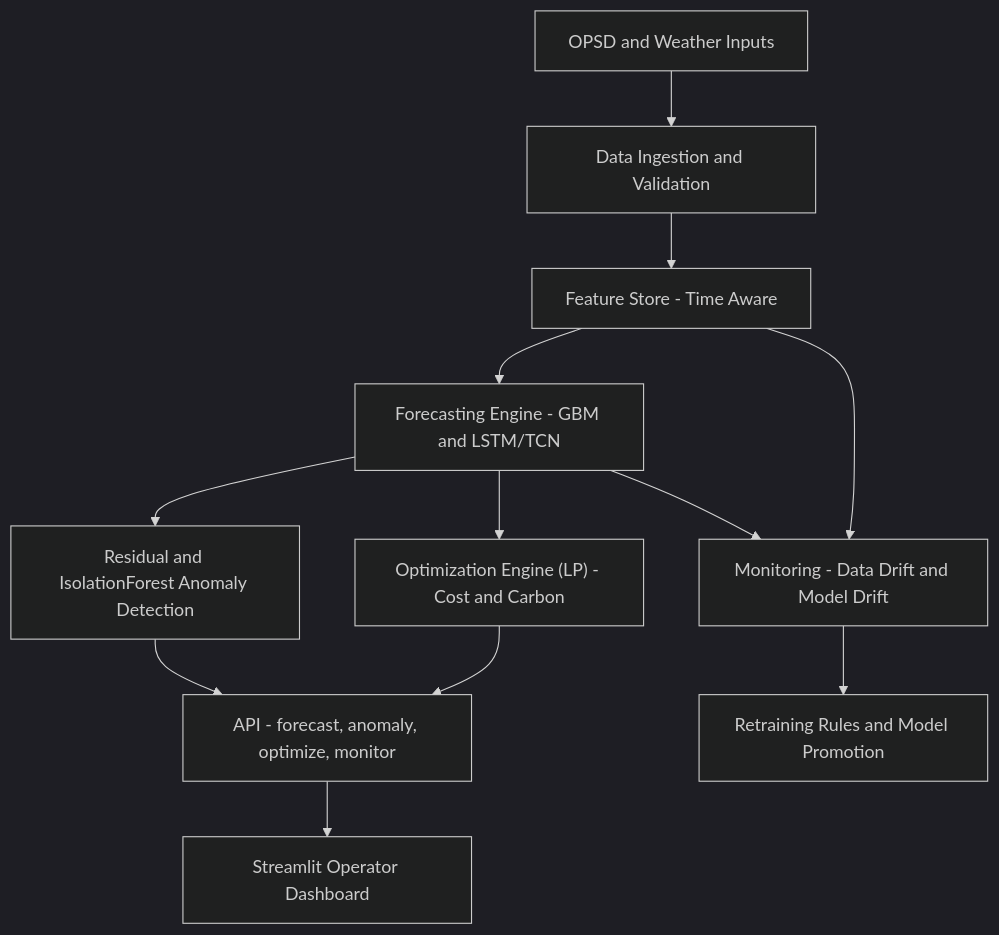
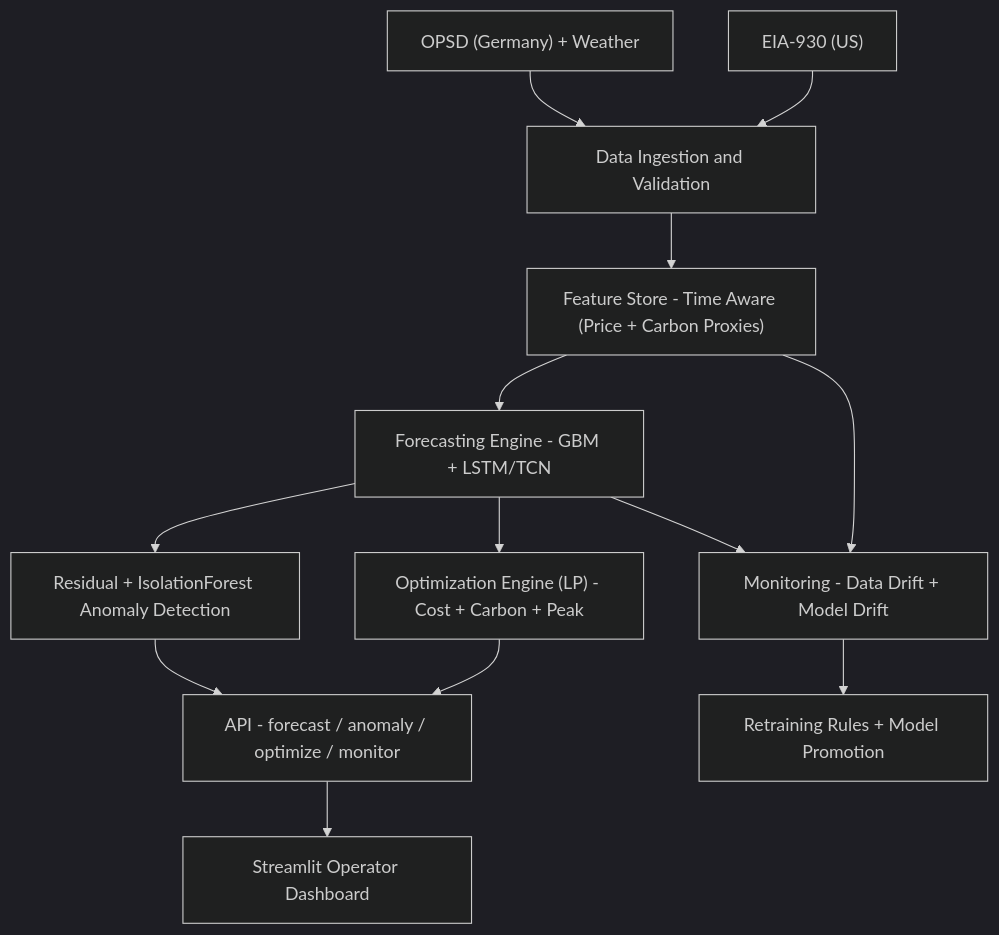
Before and after one commit to Pratikn03/Capstone_Projects: the diagram in README.md, drawn with Mermaid (dark theme). The commit also changed other lines of this file and 3 other files, not shown here.

Commit message:
docs: add architecture, runbook, evaluation

````diff
--- a/README.md
+++ b/README.md
@@ -45,14 +87,15 @@
 ```mermaid
 flowchart TD
-  A["OPSD and Weather Inputs"] --> B["Data Ingestion and Validation"]
-  B --> C["Feature Store - Time Aware"]
-  C --> D["Forecasting Engine - GBM and LSTM/TCN"]
-  D --> E["Residual and IsolationForest Anomaly Detection"]
-  D --> F["Optimization Engine (LP) - Cost and Carbon"]
-  E --> G["API - forecast, anomaly, optimize, monitor"]
+  A["OPSD (Germany) + Weather"] --> B["Data Ingestion and Validation"]
+  A2["EIA‑930 (US)"] --> B
+  B --> C["Feature Store - Time Aware (Price + Carbon Proxies)"]
+  C --> D["Forecasting Engine - GBM + LSTM/TCN"]
+  D --> E["Residual + IsolationForest Anomaly Detection"]
+  D --> F["Optimization Engine (LP) - Cost + Carbon + Peak"]
+  E --> G["API - forecast / anomaly / optimize / monitor"]
   F --> G
   G --> H["Streamlit Operator Dashboard"]
-  C --> I["Monitoring - Data Drift and Model Drift"]
+  C --> I["Monitoring - Data Drift + Model Drift"]
   D --> I
-  I --> J["Retraining Rules and Model Promotion"]
+  I --> J["Retraining Rules + Model Promotion"]
 ```
````
